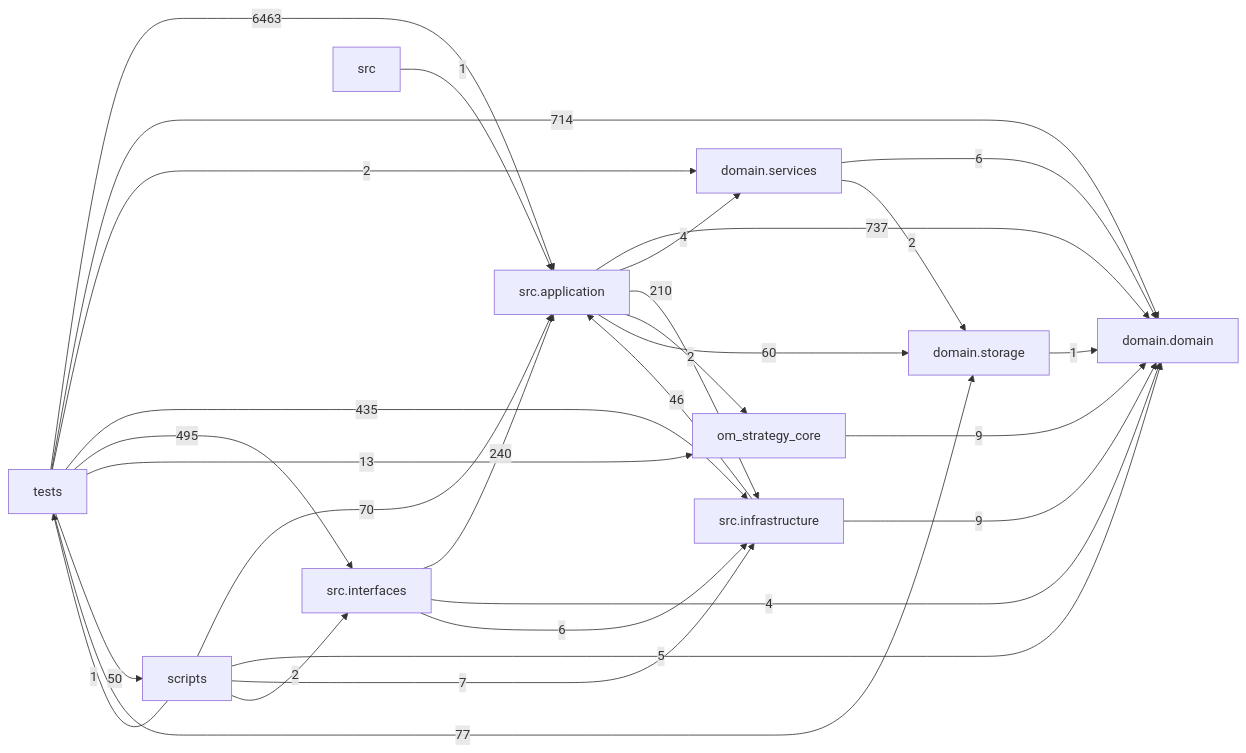
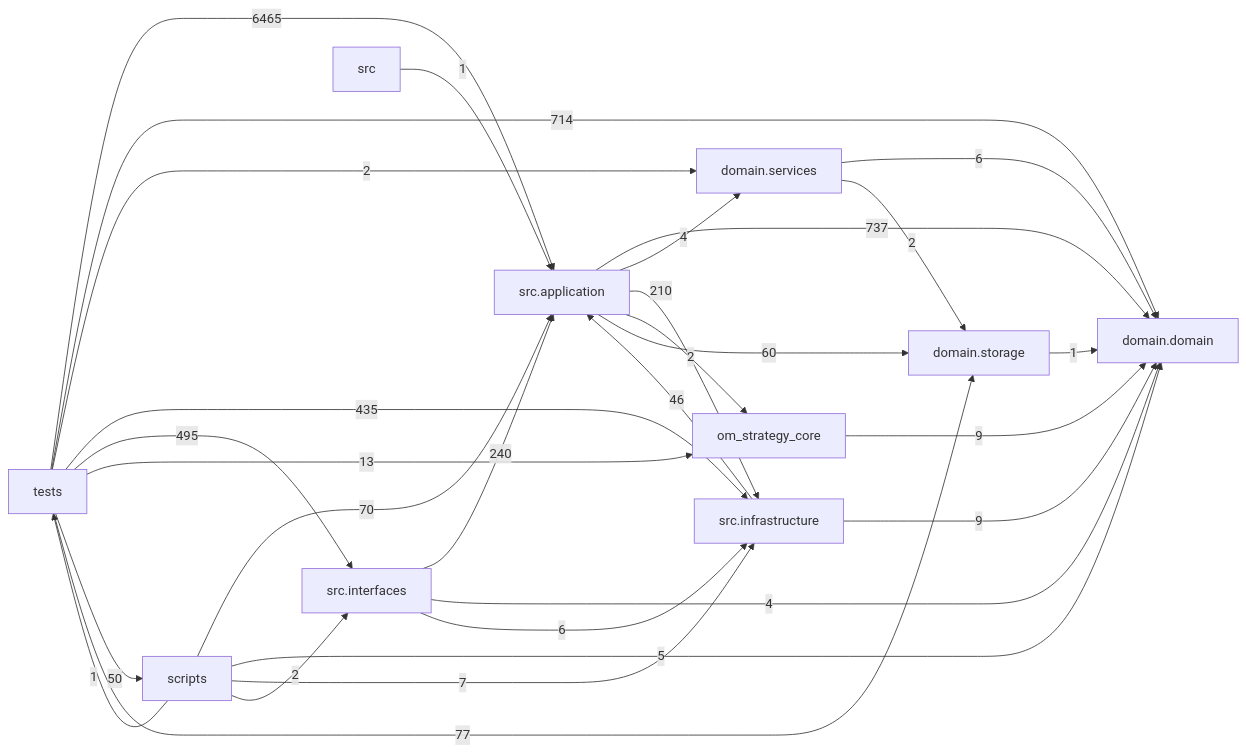
Before and after one commit to liuxie066/options-monitor: the diagram in docs/DEPENDENCY_GRAPH.md, drawn with Mermaid. The commit also changed other lines of this file and 3 other files, not shown here.

````diff
--- a/docs/DEPENDENCY_GRAPH.md
+++ b/docs/DEPENDENCY_GRAPH.md
@@ -24,39 +24,39 @@
 ```mermaid
 flowchart LR
   tests["tests"]
   scripts["scripts"]
   interfaces["src.interfaces"]
   application["src.application"]
   infrastructure["src.infrastructure"]
   domain_services["domain.services"]
   domain["domain.domain"]
   storage["domain.storage"]
   application -->|737| domain
   application -->|4| domain_services
   application -->|210| infrastructure
   application -->|2| om_strategy_core
   application -->|60| storage
   domain_services -->|6| domain
   domain_services -->|2| storage
   infrastructure -->|46| application
   infrastructure -->|9| domain
   interfaces -->|240| application
   interfaces -->|4| domain
   interfaces -->|6| infrastructure
   om_strategy_core -->|9| domain
   scripts -->|70| application
   scripts -->|5| domain
   scripts -->|7| infrastructure
   scripts -->|2| interfaces
   scripts -->|1| tests
   src -->|1| application
   storage -->|1| domain
-  tests -->|6463| application
+  tests -->|6465| application
   tests -->|714| domain
   tests -->|2| domain_services
   tests -->|435| infrastructure
   tests -->|495| interfaces
   tests -->|13| om_strategy_core
   tests -->|50| scripts
   tests -->|77| storage
 ```
````
